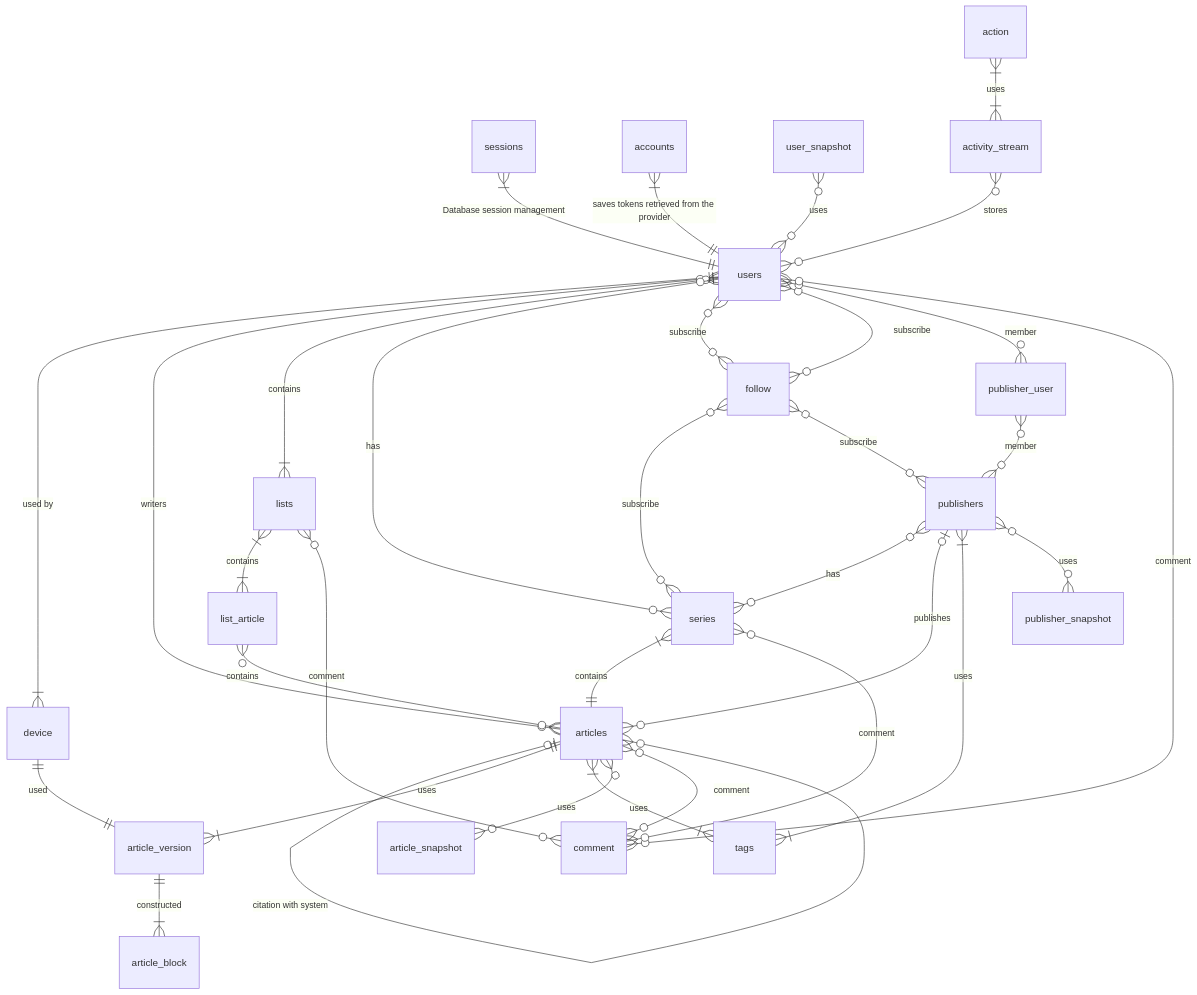
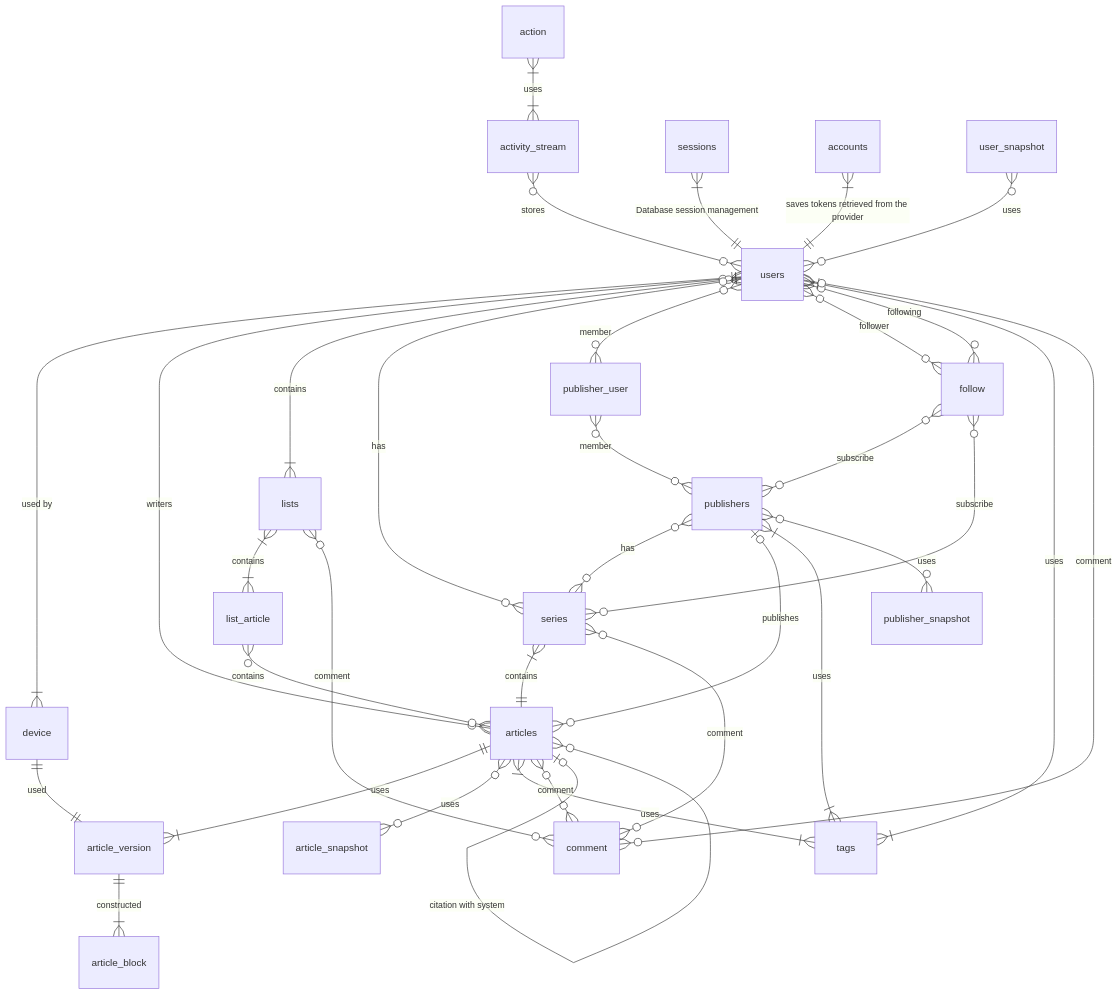
Before and after one commit to 4ry1337/my-obsidian: the third of 9 diagrams in Capstone/Diagrams.md, drawn with Mermaid. The commit also changed 1 other file, not shown here.

Commit message:
vault backup: 2024-01-19 10:52:46

````diff
--- a/Capstone/Diagrams.md
+++ b/Capstone/Diagrams.md
@@ -175,43 +175,43 @@
 ```mermaid
 erDiagram
+action }|--|{ activity_stream: uses
+activity_stream }o--o{ users: stores
 sessions }|--|| users : "Database session management"
 accounts }|--|| users : "saves tokens retrieved from the provider"
 user_snapshot }o--o{ users : uses
 
 users ||--|{ device: "used by"
 users }o--o{ articles : writers
-articles |o--o{ articles : "citation with system"
-articles ||--|{ article_version : uses
-article_version ||--|{ article_block : constructed
+users |o--|{ lists : contains
+users }o--o{ series: has
+users }o--o{ publisher_user : member
+users }o--o{ follow : follower
+users }o--o{ follow : following
+users }|--|{ tags : uses
+users }o--o{ comment : comment
 
-users |o--|{ lists : contains
-lists }|--|{ list_article: contains
-list_article }o--o{ articles: contains
-
-users }o--o{ series: has
+publisher_user }o--o{ publishers : member
+follow }o--o{ publishers : subscribe
 publishers }o--o{ series: has
-series }|--|| articles : contains
-
-users }o--o{ follow : subscribe
-users }o--o{ follow : subscribe
-follow }o--o{ series : subscribe
-follow }o--o{ publishers : subscribe
-
-users }o--o{ publisher_user : member
-publisher_user }o--o{ publishers : member
 publishers |o--o{ articles : publishes
 publishers }|--|{ tags : uses
-
-activity_stream }o--o{ users: stores
-action }|--|{ activity_stream: uses
-
-device ||--|| article_version: used
-articles }|--|{ tags : uses
-articles }o--o{ article_snapshot: uses 
 publishers }o--o{ publisher_snapshot: uses
 
-users }o--o{ comment : comment
+lists }|--|{ list_article: contains
+lists }o--o{ comment : comment
+
+follow }o--o{ series : subscribe
+series }|--|| articles : contains
 series }o--o{ comment : comment
-lists }o--o{ comment : comment
+
+list_article }o--o{ articles: contains
+device ||--|| article_version: used
+
+articles ||--|{ article_version : uses
+articles }o--o{ article_snapshot: uses 
+articles }|--|{ tags : uses
 articles }o--o{ comment : comment
+articles |o--o{ articles : "citation with system"
+
+article_version ||--|{ article_block : constructed
 ```
````
